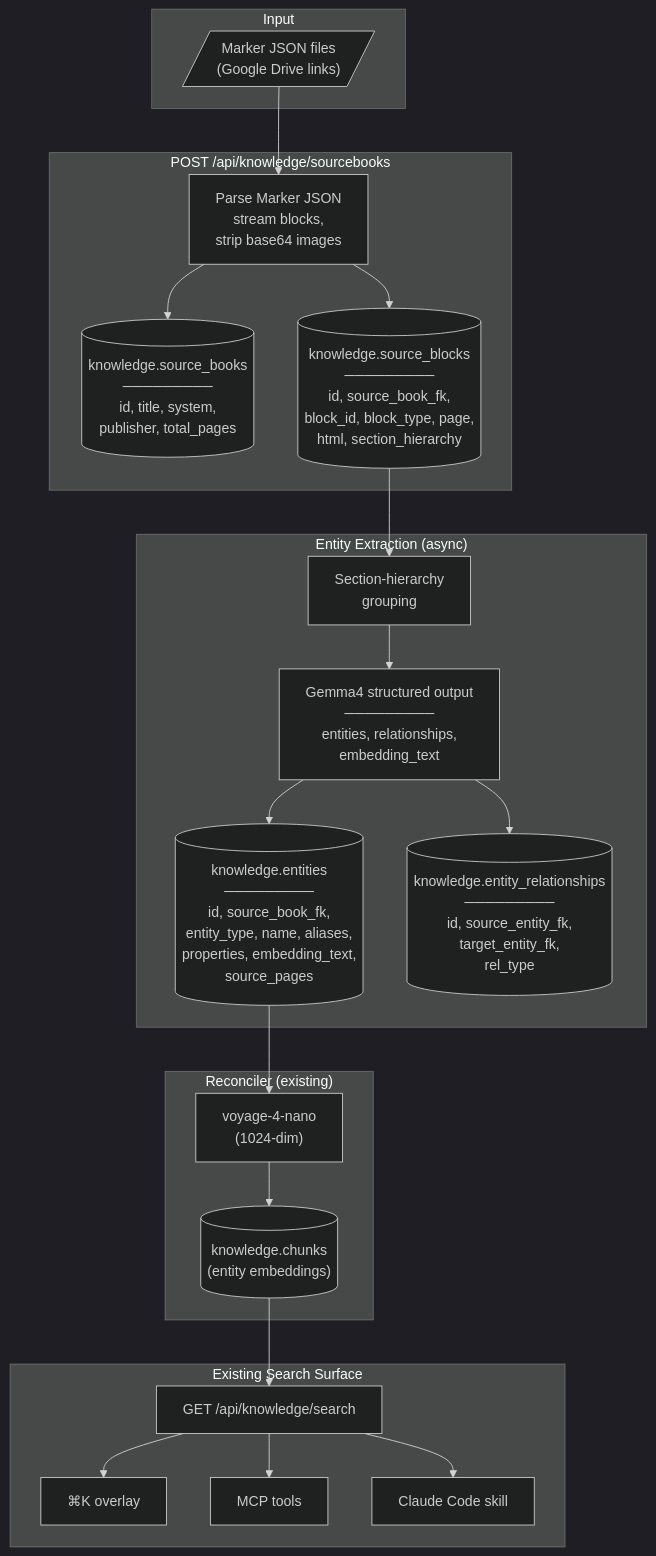
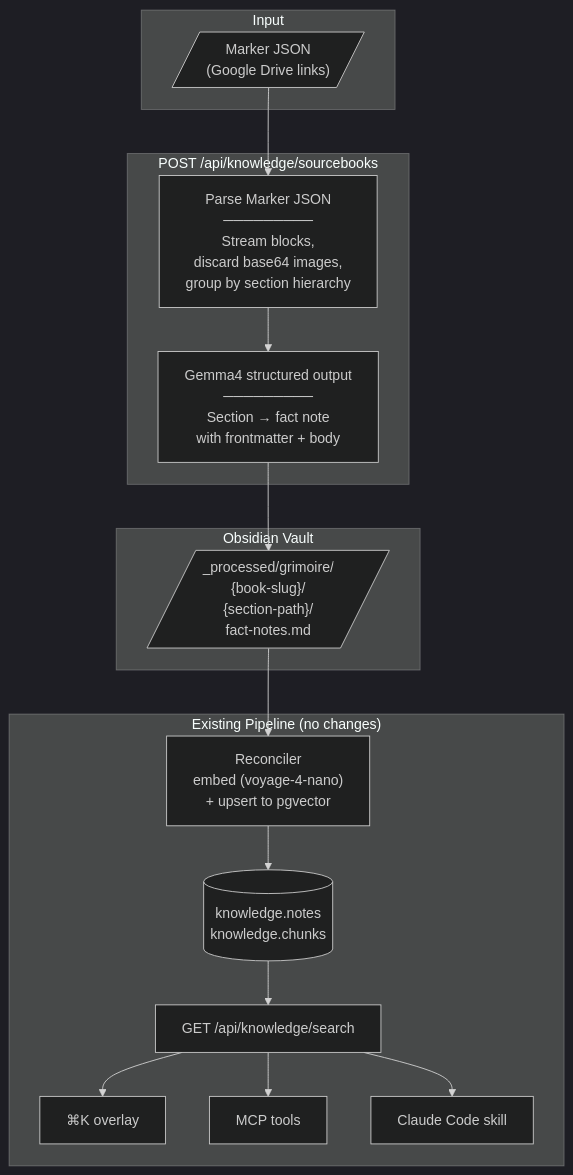
The diagram in docs/decisions/services/004-dnd-sourcebook-knowledge-integration.md (jomcgi/homelab), drawn with Mermaid (dark theme) before and after one commit. The commit also changed other lines of this file, not shown here.

First line of the commit message:
docs(adr): rewrite ADR 004 as fact notes in existing knowledge schema

````diff
--- a/docs/decisions/services/004-dnd-sourcebook-knowledge-integration.md
+++ b/docs/decisions/services/004-dnd-sourcebook-knowledge-integration.md
@@ -59,31 +118,24 @@
 ```mermaid
 graph TD
     subgraph Input
-        MJ[/"Marker JSON files<br>(Google Drive links)"/]
+        MJ[/"Marker JSON<br>(Google Drive links)"/]
     end
 
     subgraph Ingest["POST /api/knowledge/sourcebooks"]
-        MJ --> Parse["Parse Marker JSON<br>stream blocks,<br>strip base64 images"]
-        Parse --> SB[("knowledge.source_books<br>─────────<br>id, title, system,<br>publisher, total_pages")]
-        Parse --> Blocks[("knowledge.source_blocks<br>─────────<br>id, source_book_fk,<br>block_id, block_type, page,<br>html, section_hierarchy")]
+        MJ --> Parse["Parse Marker JSON<br>─────────<br>Stream blocks,<br>discard base64 images,<br>group by section hierarchy"]
+        Parse --> Gemma["Gemma4 structured output<br>─────────<br>Section → fact note<br>with frontmatter + body"]
     end
 
-    subgraph Extract["Entity Extraction (async)"]
-        Blocks --> Group["Section-hierarchy<br>grouping"]
-        Group --> Gemma["Gemma4 structured output<br>─────────<br>entities, relationships,<br>embedding_text"]
-        Gemma --> Ent[("knowledge.entities<br>─────────<br>id, source_book_fk,<br>entity_type, name, aliases,<br>properties, embedding_text,<br>source_pages")]
-        Gemma --> Rel[("knowledge.entity_relationships<br>─────────<br>id, source_entity_fk,<br>target_entity_fk,<br>rel_type")]
+    subgraph Vault["Obsidian Vault"]
+        Gemma --> Facts[/"_processed/grimoire/<br>{book-slug}/<br>{section-path}/<br>fact-notes.md"/]
     end
 
-    subgraph Embed["Reconciler (existing)"]
-        Ent --> Voyage["voyage-4-nano<br>(1024-dim)"]
-        Voyage --> PGV[("knowledge.chunks<br>(entity embeddings)")]
-    end
-
-    subgraph Query["Existing Search Surface"]
+    subgraph Existing["Existing Pipeline (no changes)"]
+        Facts --> Reconciler["Reconciler<br>embed (voyage-4-nano)<br>+ upsert to pgvector"]
+        Reconciler --> PGV[("knowledge.notes<br>knowledge.chunks")]
         PGV --> Search["GET /api/knowledge/search"]
         Search --> CmdK["⌘K overlay"]
         Search --> MCP["MCP tools"]
         Search --> Skill["Claude Code skill"]
     end
 ```
````
